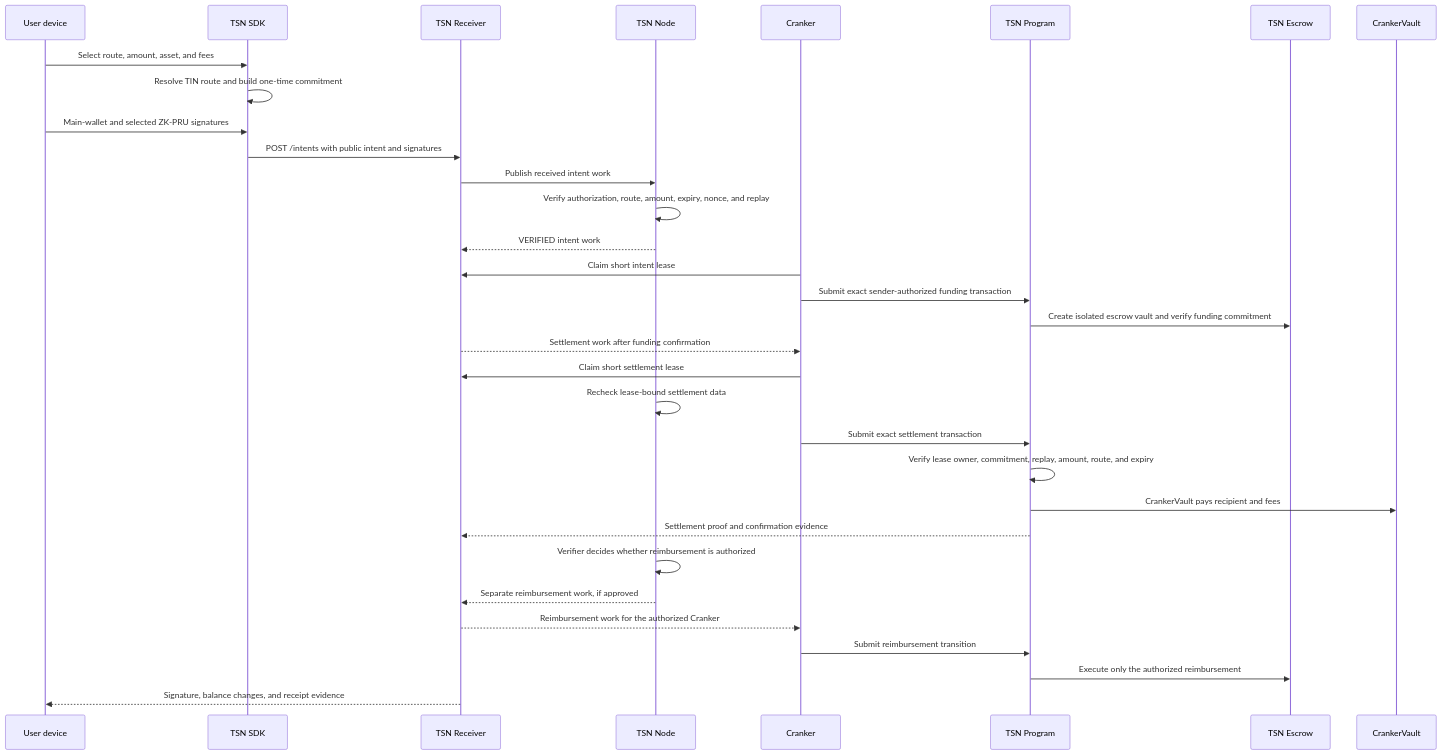
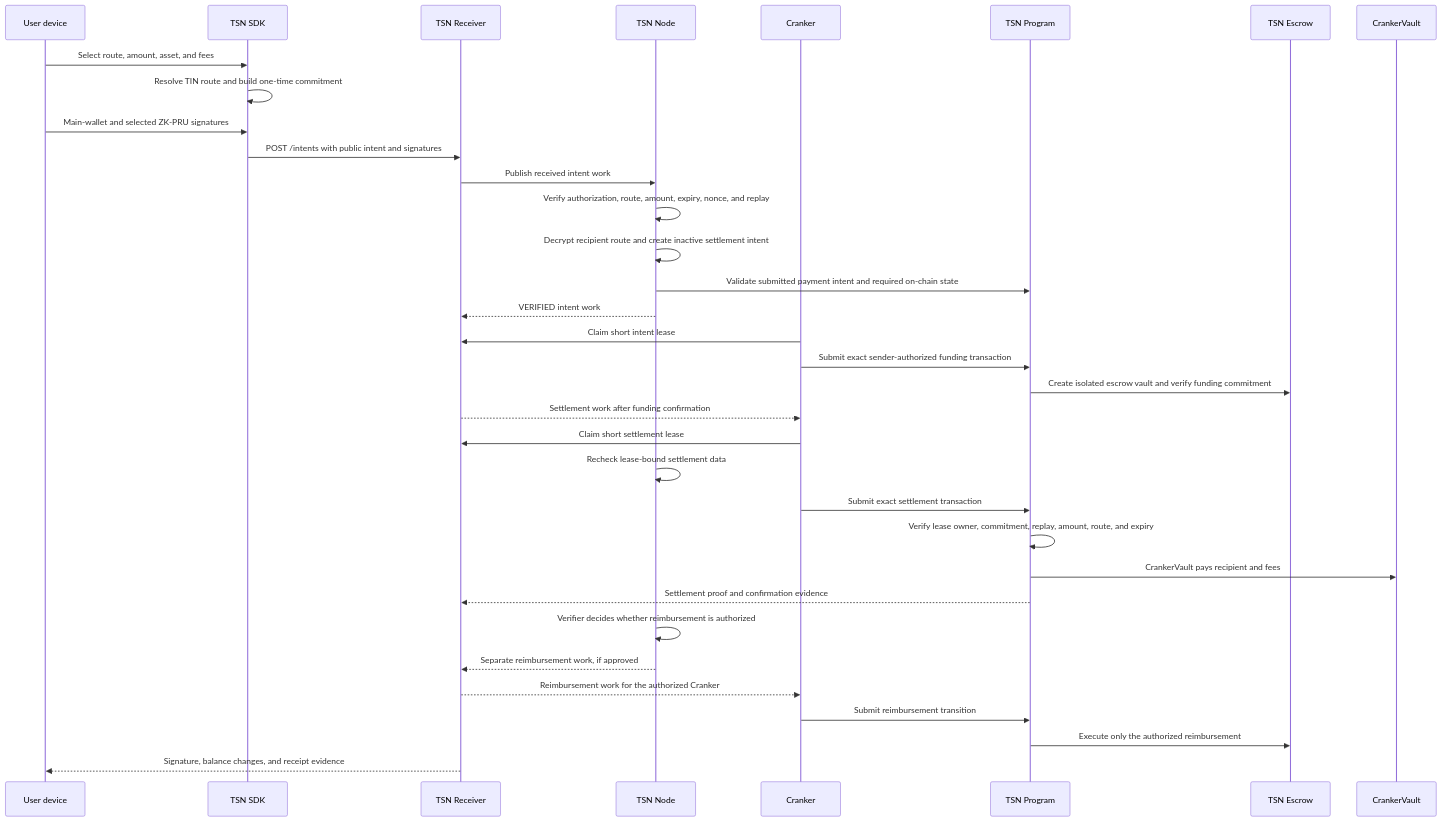
One commit to bigdreamsweb3/trustlink-pay changed the diagram in docs/protocol-architecture.md. Above: the diagram before and after it, drawn with Mermaid. The commit also changed other lines of this file and 4 other files, not shown here.

````diff
--- a/docs/protocol-architecture.md
+++ b/docs/protocol-architecture.md
@@ -69,35 +69,37 @@
 ```mermaid
 sequenceDiagram
     participant U as User device
     participant S as TSN SDK
     participant R as TSN Receiver
     participant N as TSN Node
     participant C as Cranker
     participant P as TSN Program
     participant V as TSN Escrow
     participant CV as CrankerVault
 
     U->>S: Select route, amount, asset, and fees
     S->>S: Resolve TIN route and build one-time commitment
     U->>S: Main-wallet and selected ZK-PRU signatures
     S->>R: POST /intents with public intent and signatures
     R->>N: Publish received intent work
     N->>N: Verify authorization, route, amount, expiry, nonce, and replay
+    N->>N: Decrypt recipient route and create inactive settlement intent
+    N->>P: Validate submitted payment intent and required on-chain state
     N-->>R: VERIFIED intent work
     C->>R: Claim short intent lease
     C->>P: Submit exact sender-authorized funding transaction
     P->>V: Create isolated escrow vault and verify funding commitment
     R-->>C: Settlement work after funding confirmation
     C->>R: Claim short settlement lease
     N->>N: Recheck lease-bound settlement data
     C->>P: Submit exact settlement transaction
     P->>P: Verify lease owner, commitment, replay, amount, route, and expiry
     P->>CV: CrankerVault pays recipient and fees
     P-->>R: Settlement proof and confirmation evidence
     N->>N: Verifier decides whether reimbursement is authorized
     N-->>R: Separate reimbursement work, if approved
     R-->>C: Reimbursement work for the authorized Cranker
     C->>P: Submit reimbursement transition
     P->>V: Execute only the authorized reimbursement
     R-->>U: Signature, balance changes, and receipt evidence
 ```
````
